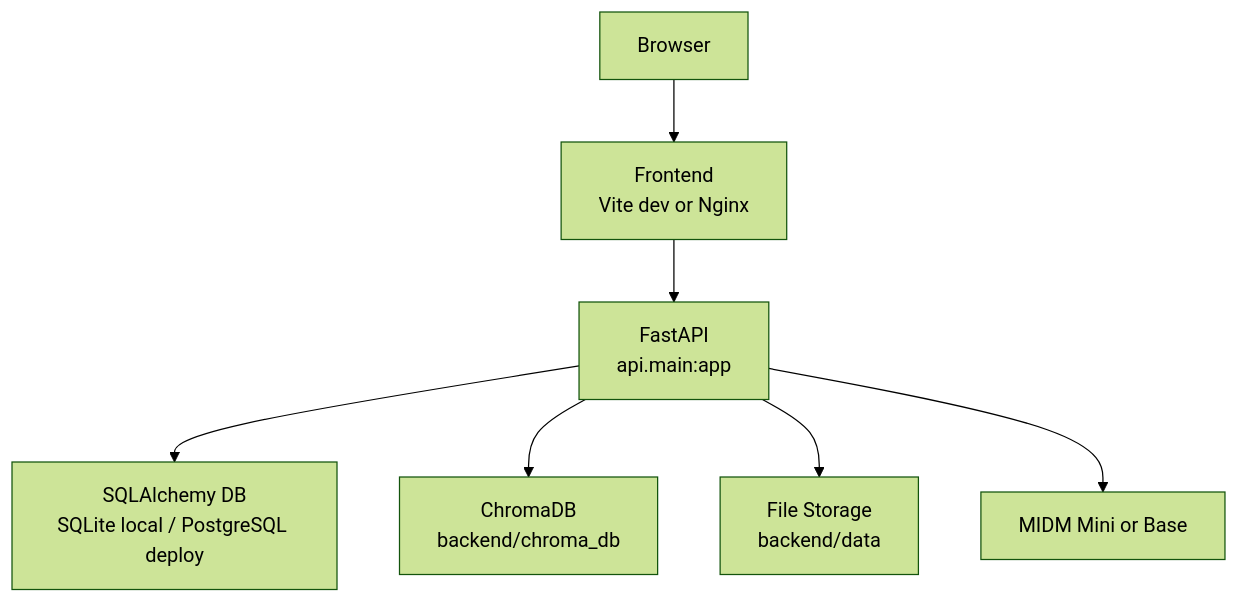
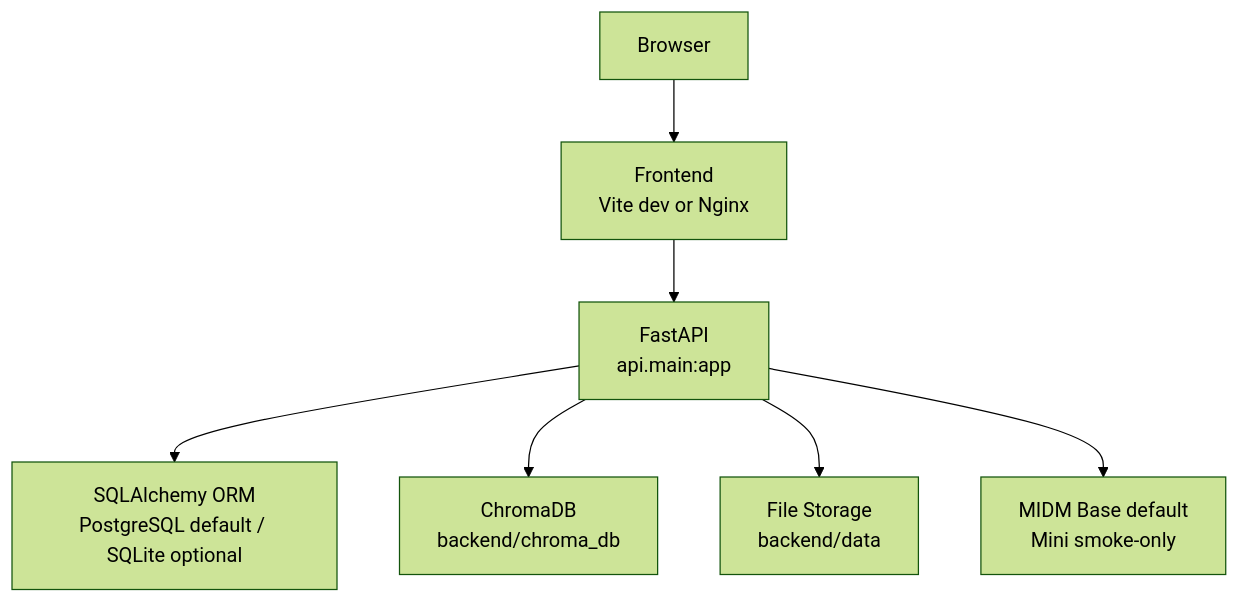
One commit to LxNx-Hn/M_RAG changed the first of 2 diagrams in docs/USAGE/DEPLOY.md. Above: the diagram before and after it, drawn with Mermaid (forest theme). The commit also changed other lines of this file and 5 other files, not shown here.

Commit message:
chore(deploy): publish backend image to ghcr and document runpod pull flow

````diff
--- a/docs/USAGE/DEPLOY.md
+++ b/docs/USAGE/DEPLOY.md
@@ -8,9 +8,9 @@
 ```mermaid
 flowchart TD
     B["Browser"] --> FE["Frontend<br/>Vite dev or Nginx"]
     FE --> API["FastAPI<br/>api.main:app"]
-    API --> DB["SQLAlchemy DB<br/>SQLite local / PostgreSQL deploy"]
+    API --> DB["SQLAlchemy ORM<br/>PostgreSQL default / SQLite optional"]
     API --> VS["ChromaDB<br/>backend/chroma_db"]
     API --> FS["File Storage<br/>backend/data"]
-    API --> LLM["MIDM Mini or Base"]
+    API --> LLM["MIDM Base default<br/>Mini smoke-only"]
 ```
````
